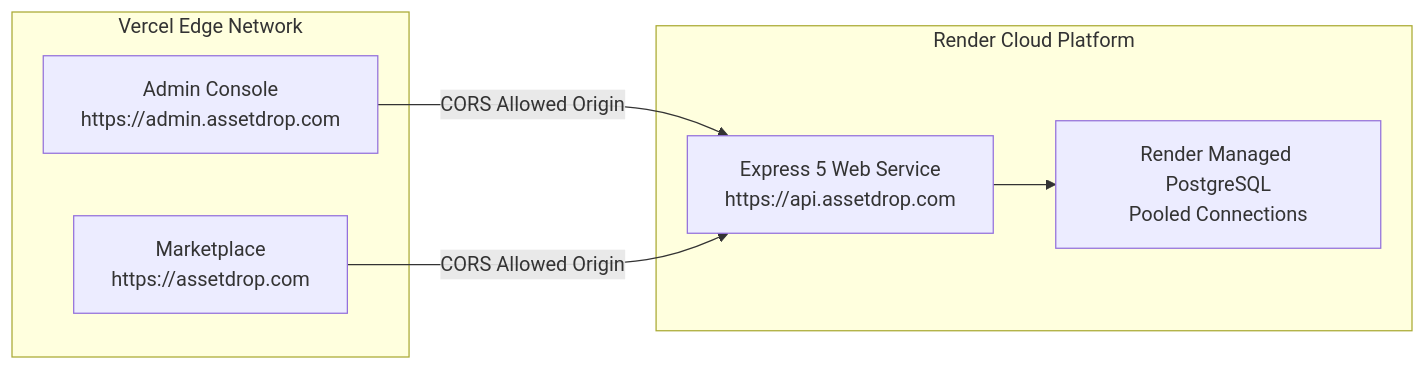
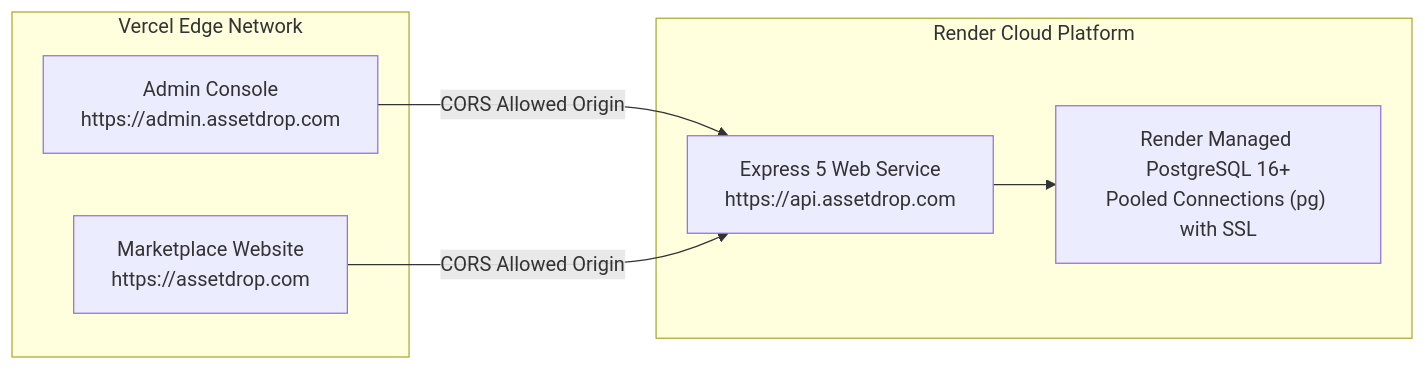
One commit to majid-superior/sell-digital-assets-api changed the second of 2 diagrams in ECOSYSTEM.md. Above: the diagram before and after it, drawn with Mermaid. The commit also changed other lines of this file and 22 other files, not shown here.

````diff
--- a/ECOSYSTEM.md
+++ b/ECOSYSTEM.md
@@ -109,16 +122,16 @@
 ```mermaid
 flowchart LR
     subgraph Vercel ["Vercel Edge Network"]
         AdminSite["Admin Console<br/>https://admin.assetdrop.com"]
-        WebSite["Marketplace<br/>https://assetdrop.com"]
+        WebSite["Marketplace Website<br/>https://assetdrop.com"]
     end
 
     subgraph Render ["Render Cloud Platform"]
         APIInstance["Express 5 Web Service<br/>https://api.assetdrop.com"]
-        PostgreSQL["Render Managed PostgreSQL<br/>Pooled Connections"]
+        PostgreSQL["Render Managed PostgreSQL 16+<br/>Pooled Connections (pg) with SSL"]
     end
 
     AdminSite -->|CORS Allowed Origin| APIInstance
     WebSite -->|CORS Allowed Origin| APIInstance
     APIInstance --> PostgreSQL
 ```
````
